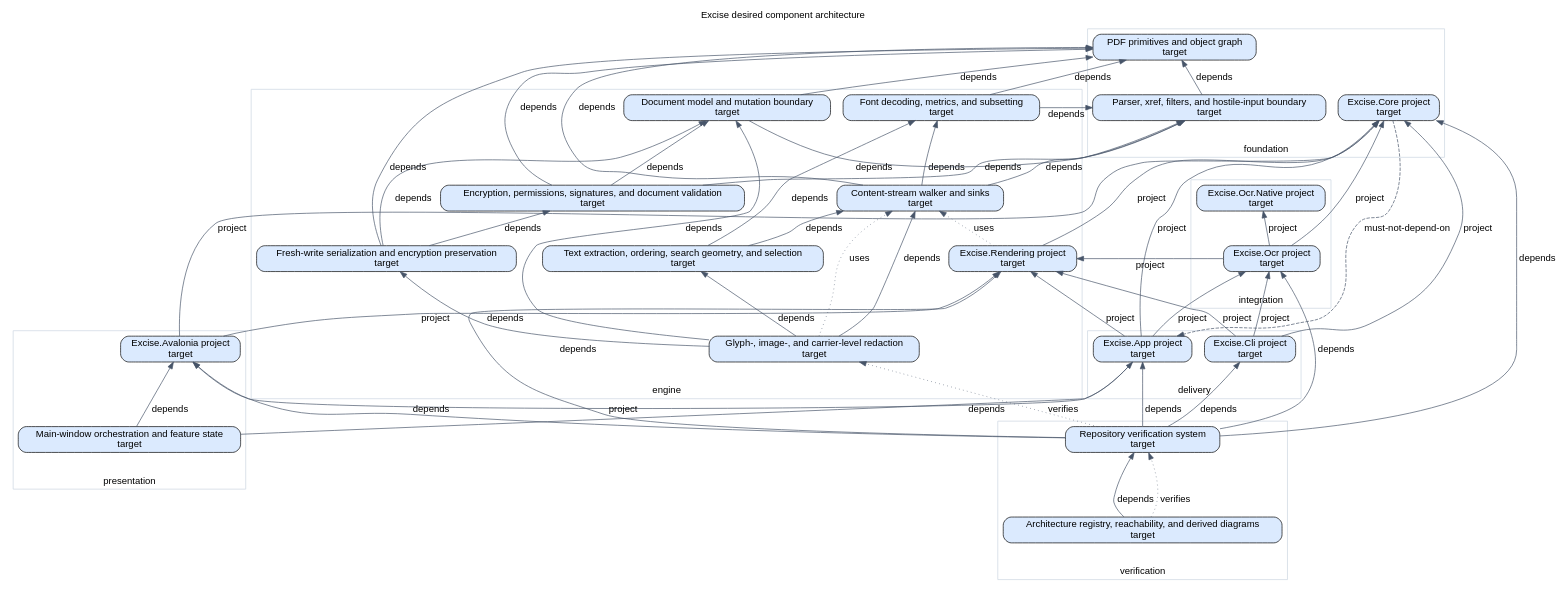
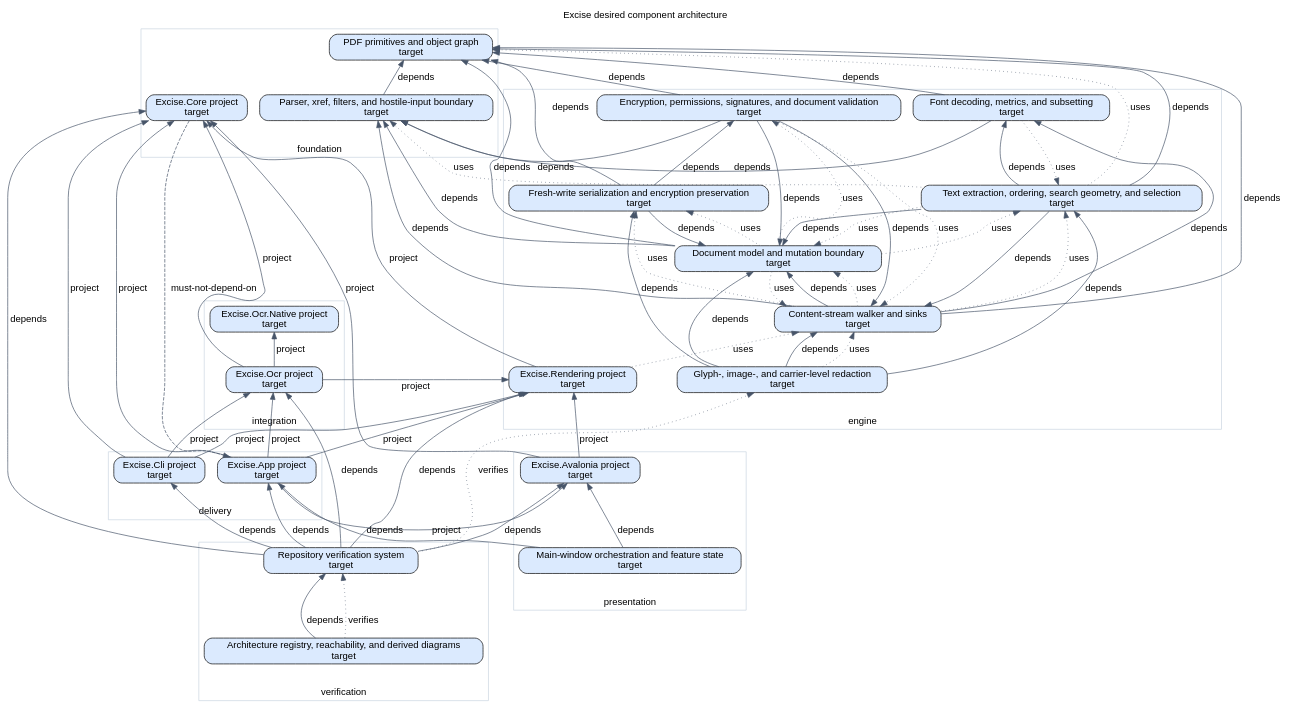
One commit to marctjones/excise changed the diagram in architecture/generated/target-components.dot. Above: the diagram before and after it, drawn with Graphviz. The commit also changed 11 other files, not shown here.

Commit message:
feat(architecture): classify core boundary mismatches (#1303)

```diff
--- a/architecture/generated/target-components.dot
+++ b/architecture/generated/target-components.dot
@@ -1,96 +1,112 @@
 // Generated by scripts/check_architecture_registry.py. Do not edit by hand.
 digraph excise_architecture {
   graph [rankdir=BT, fontname="Helvetica", labelloc=t, label="Excise desired component architecture"];
   node [shape=box, style="rounded,filled", fontname="Helvetica"];
   edge [fontname="Helvetica", color="#475569"];
   subgraph cluster_delivery {
     label="delivery";
     color="#cbd5e1";
     "app" [label="Excise.App project\ntarget", fillcolor="#dbeafe"];
     "cli" [label="Excise.Cli project\ntarget", fillcolor="#dbeafe"];
   }
   subgraph cluster_engine {
     label="engine";
     color="#cbd5e1";
     "core-content" [label="Content-stream walker and sinks\ntarget", fillcolor="#dbeafe"];
     "core-document" [label="Document model and mutation boundary\ntarget", fillcolor="#dbeafe"];
     "core-fonts" [label="Font decoding, metrics, and subsetting\ntarget", fillcolor="#dbeafe"];
     "core-redaction" [label="Glyph-, image-, and carrier-level redaction\ntarget", fillcolor="#dbeafe"];
     "core-security" [label="Encryption, permissions, signatures, and document validation\ntarget", fillcolor="#dbeafe"];
     "core-text" [label="Text extraction, ordering, search geometry, and selection\ntarget", fillcolor="#dbeafe"];
     "core-writing" [label="Fresh-write serialization and encryption preservation\ntarget", fillcolor="#dbeafe"];
     "rendering" [label="Excise.Rendering project\ntarget", fillcolor="#dbeafe"];
   }
   subgraph cluster_foundation {
     label="foundation";
     color="#cbd5e1";
     "core" [label="Excise.Core project\ntarget", fillcolor="#dbeafe"];
     "core-parsing" [label="Parser, xref, filters, and hostile-input boundary\ntarget", fillcolor="#dbeafe"];
     "core-primitives" [label="PDF primitives and object graph\ntarget", fillcolor="#dbeafe"];
   }
   subgraph cluster_integration {
     label="integration";
     color="#cbd5e1";
     "ocr" [label="Excise.Ocr project\ntarget", fillcolor="#dbeafe"];
     "ocr-native" [label="Excise.Ocr.Native project\ntarget", fillcolor="#dbeafe"];
   }
   subgraph cluster_presentation {
     label="presentation";
     color="#cbd5e1";
     "app-main-window" [label="Main-window orchestration and feature state\ntarget", fillcolor="#dbeafe"];
     "avalonia" [label="Excise.Avalonia project\ntarget", fillcolor="#dbeafe"];
   }
   subgraph cluster_verification {
     label="verification";
     color="#cbd5e1";
     "architecture-tooling" [label="Architecture registry, reachability, and derived diagrams\ntarget", fillcolor="#dbeafe"];
     "verification" [label="Repository verification system\ntarget", fillcolor="#dbeafe"];
   }
   "app" -> "avalonia" [label="project", style="solid"];
   "app" -> "core" [label="project", style="solid"];
   "app" -> "ocr" [label="project", style="solid"];
   "app" -> "rendering" [label="project", style="solid"];
   "app-main-window" -> "app" [label="depends", style="solid"];
   "app-main-window" -> "avalonia" [label="depends", style="solid"];
   "architecture-tooling" -> "verification" [label="depends", style="solid"];
   "architecture-tooling" -> "verification" [label="verifies", style="dotted"];
   "avalonia" -> "core" [label="project", style="solid"];
   "avalonia" -> "rendering" [label="project", style="solid"];
   "cli" -> "core" [label="project", style="solid"];
   "cli" -> "ocr" [label="project", style="solid"];
   "cli" -> "rendering" [label="project", style="solid"];
   "core" -> "app" [label="must-not-depend-on", style="dashed"];
+  "core-content" -> "core-document" [label="depends", style="solid"];
+  "core-content" -> "core-document" [label="uses", style="dotted"];
   "core-content" -> "core-fonts" [label="depends", style="solid"];
   "core-content" -> "core-parsing" [label="depends", style="solid"];
   "core-content" -> "core-primitives" [label="depends", style="solid"];
+  "core-content" -> "core-text" [label="uses", style="dotted"];
+  "core-content" -> "core-writing" [label="uses", style="dotted"];
+  "core-document" -> "core-content" [label="uses", style="dotted"];
   "core-document" -> "core-parsing" [label="depends", style="solid"];
   "core-document" -> "core-primitives" [label="depends", style="solid"];
+  "core-document" -> "core-security" [label="uses", style="dotted"];
+  "core-document" -> "core-text" [label="uses", style="dotted"];
+  "core-document" -> "core-writing" [label="uses", style="dotted"];
   "core-fonts" -> "core-parsing" [label="depends", style="solid"];
   "core-fonts" -> "core-primitives" [label="depends", style="solid"];
+  "core-fonts" -> "core-text" [label="uses", style="dotted"];
   "core-parsing" -> "core-primitives" [label="depends", style="solid"];
   "core-redaction" -> "core-content" [label="depends", style="solid"];
   "core-redaction" -> "core-content" [label="uses", style="dotted"];
   "core-redaction" -> "core-document" [label="depends", style="solid"];
   "core-redaction" -> "core-text" [label="depends", style="solid"];
   "core-redaction" -> "core-writing" [label="depends", style="solid"];
+  "core-security" -> "core-content" [label="depends", style="solid"];
+  "core-security" -> "core-content" [label="uses", style="dotted"];
   "core-security" -> "core-document" [label="depends", style="solid"];
   "core-security" -> "core-parsing" [label="depends", style="solid"];
   "core-security" -> "core-primitives" [label="depends", style="solid"];
   "core-text" -> "core-content" [label="depends", style="solid"];
+  "core-text" -> "core-document" [label="depends", style="solid"];
+  "core-text" -> "core-document" [label="uses", style="dotted"];
   "core-text" -> "core-fonts" [label="depends", style="solid"];
+  "core-text" -> "core-parsing" [label="uses", style="dotted"];
+  "core-text" -> "core-primitives" [label="depends", style="solid"];
+  "core-text" -> "core-primitives" [label="uses", style="dotted"];
   "core-writing" -> "core-document" [label="depends", style="solid"];
   "core-writing" -> "core-primitives" [label="depends", style="solid"];
   "core-writing" -> "core-security" [label="depends", style="solid"];
   "ocr" -> "core" [label="project", style="solid"];
   "ocr" -> "ocr-native" [label="project", style="solid"];
   "ocr" -> "rendering" [label="project", style="solid"];
   "rendering" -> "core" [label="project", style="solid"];
   "rendering" -> "core-content" [label="uses", style="dotted"];
   "verification" -> "app" [label="depends", style="solid"];
   "verification" -> "avalonia" [label="depends", style="solid"];
   "verification" -> "cli" [label="depends", style="solid"];
   "verification" -> "core" [label="depends", style="solid"];
   "verification" -> "core-redaction" [label="verifies", style="dotted"];
   "verification" -> "ocr" [label="depends", style="solid"];
   "verification" -> "rendering" [label="depends", style="solid"];
 }
```
